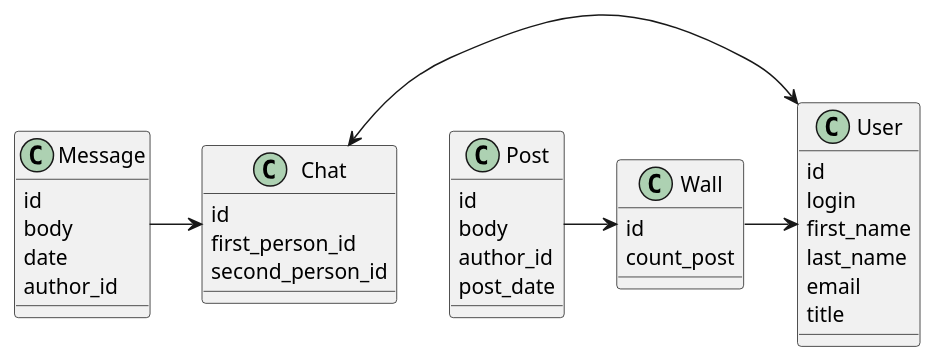
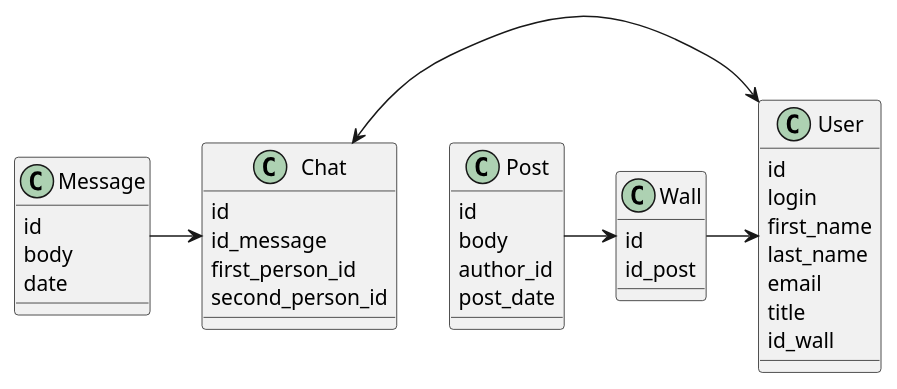
One commit to maxmarter/ArchIS_martynov changed the second of 2 diagrams in components.md. Above: the diagram before and after it, drawn with PlantUML.

Commit message:
second commit

````diff
--- a/components.md
+++ b/components.md
@@ -80,44 +80,47 @@
 ```puml
 @startuml
 
 class Wall {
   id
-  count_post
+  id_post
 }
 
 class User {
   id
   login
   first_name
   last_name
   email
   title
+  id_wall
+
 }
 
 class Post {
   id
   body
   author_id
   post_date
 }
 
 class Chat {
   id
+  id_message
   first_person_id
   second_person_id
 }
 class Message {
   id
   body
   date
-  author_id
+
 }
 Message -> Chat
 Wall -> User
 Post -> Wall
 Chat <-> User
 
 
 
 @enduml
 ```
````
